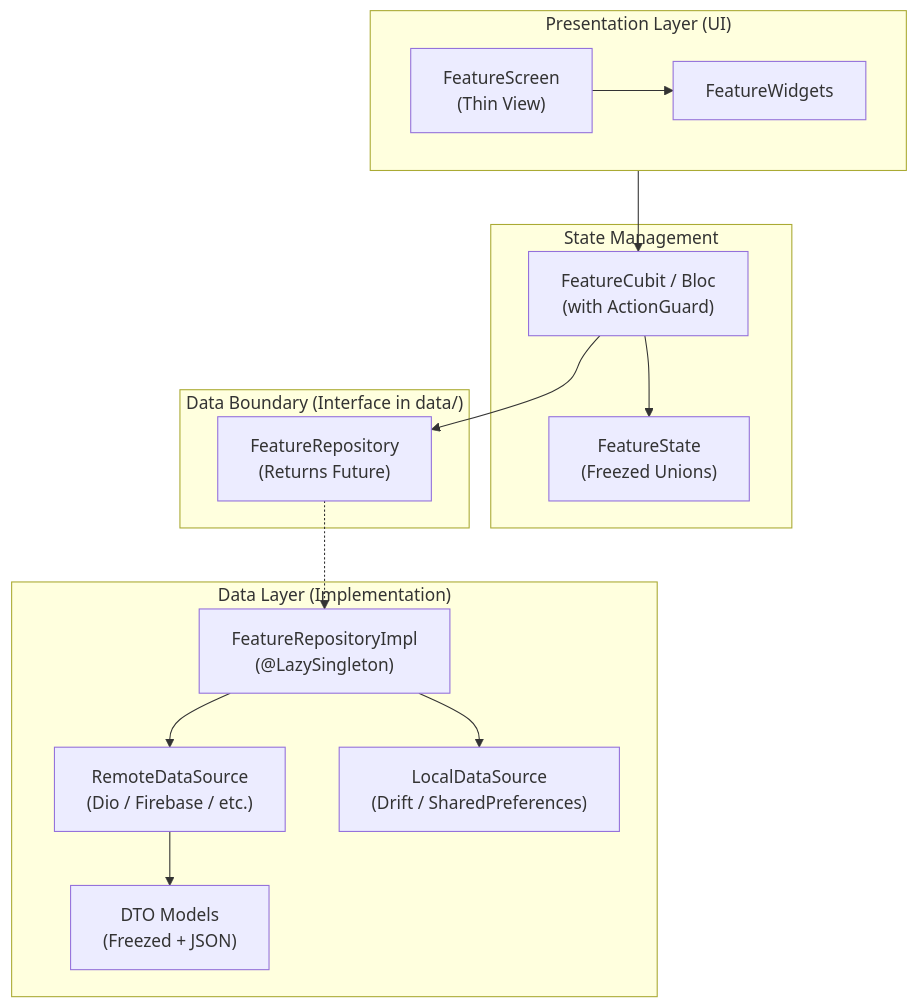
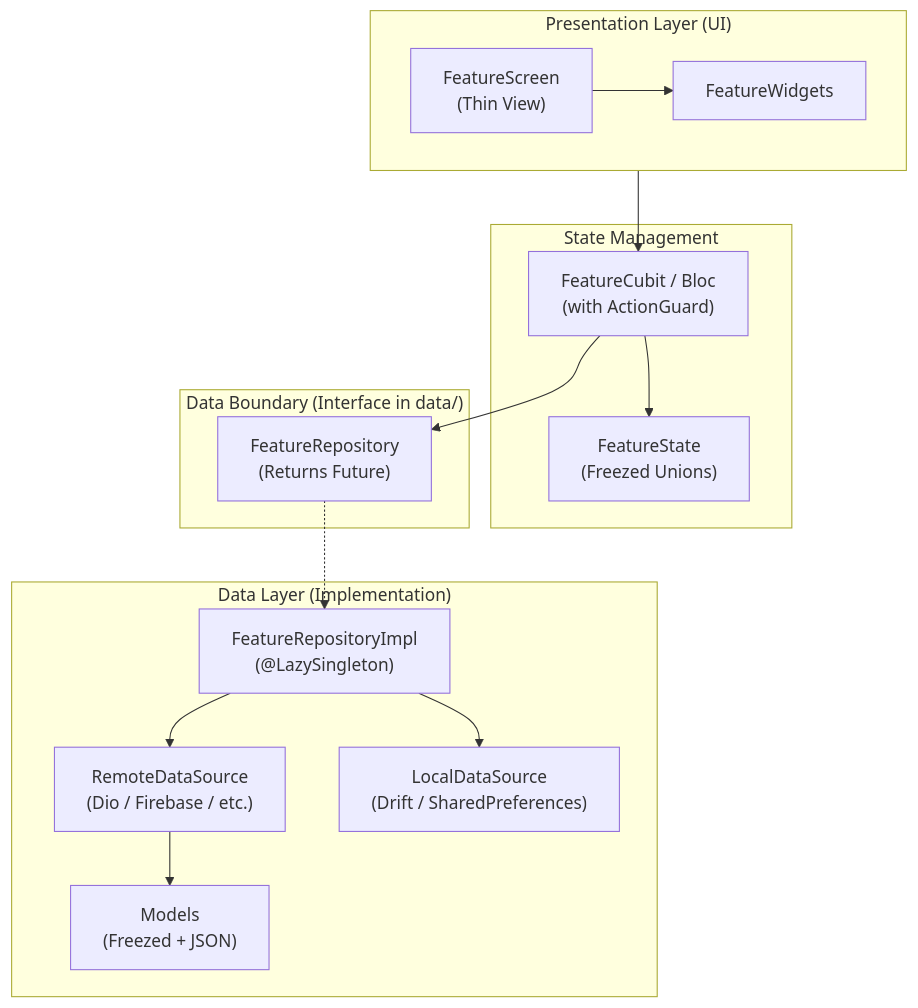
One commit to Clark605/flutter_Starter_template changed the diagram in docs/architecture.md. Above: the diagram before and after it, drawn with Mermaid. The commit also changed other lines of this file and 14 other files, not shown here.

````diff
--- a/docs/architecture.md
+++ b/docs/architecture.md
@@ -5,33 +5,33 @@
 ```mermaid
 flowchart TD
     subgraph UI ["Presentation Layer (UI)"]
         Screen["FeatureScreen\n(Thin View)"]
         Widget["FeatureWidgets"]
         Screen --> Widget
     end
 
     subgraph StateManagement ["State Management"]
         Cubit["FeatureCubit / Bloc\n(with ActionGuard)"]
         State["FeatureState\n(Freezed Unions)"]
         Cubit --> State
     end
 
     subgraph RepositoryLayer ["Data Boundary (Interface in data/)"]
         RepoInterface["FeatureRepository\n(Returns Future<T>)"]
     end
 
     subgraph DataLayer ["Data Layer (Implementation)"]
         RepoImpl["FeatureRepositoryImpl\n(@LazySingleton)"]
         RemoteDS["RemoteDataSource\n(Dio / Firebase / etc.)"]
         LocalDS["LocalDataSource\n(Drift / SharedPreferences)"]
-        DTO["DTO Models\n(Freezed + JSON)"]
+        DTO["Models\n(Freezed + JSON)"]
 
         RepoImpl --> RemoteDS
         RepoImpl --> LocalDS
         RemoteDS --> DTO
     end
 
     UI --> Cubit
     Cubit --> RepoInterface
     RepoInterface -.-> RepoImpl
 ```
````
